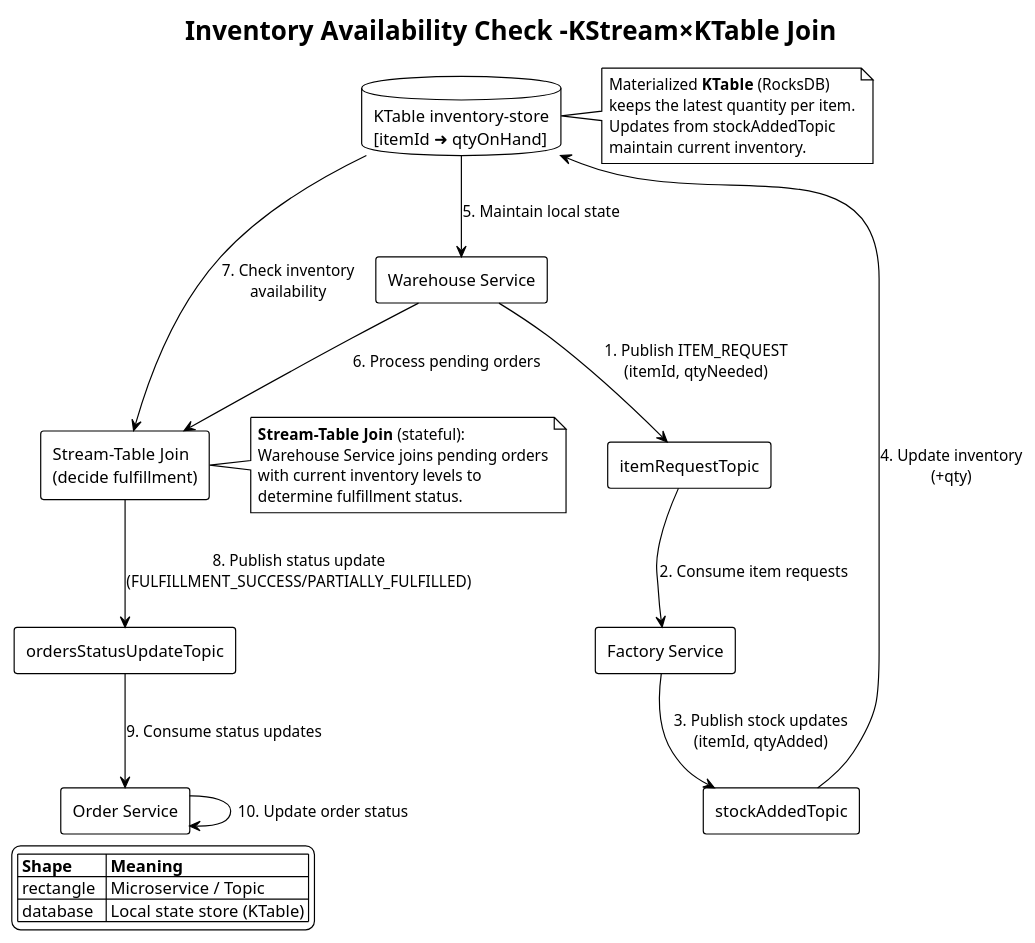
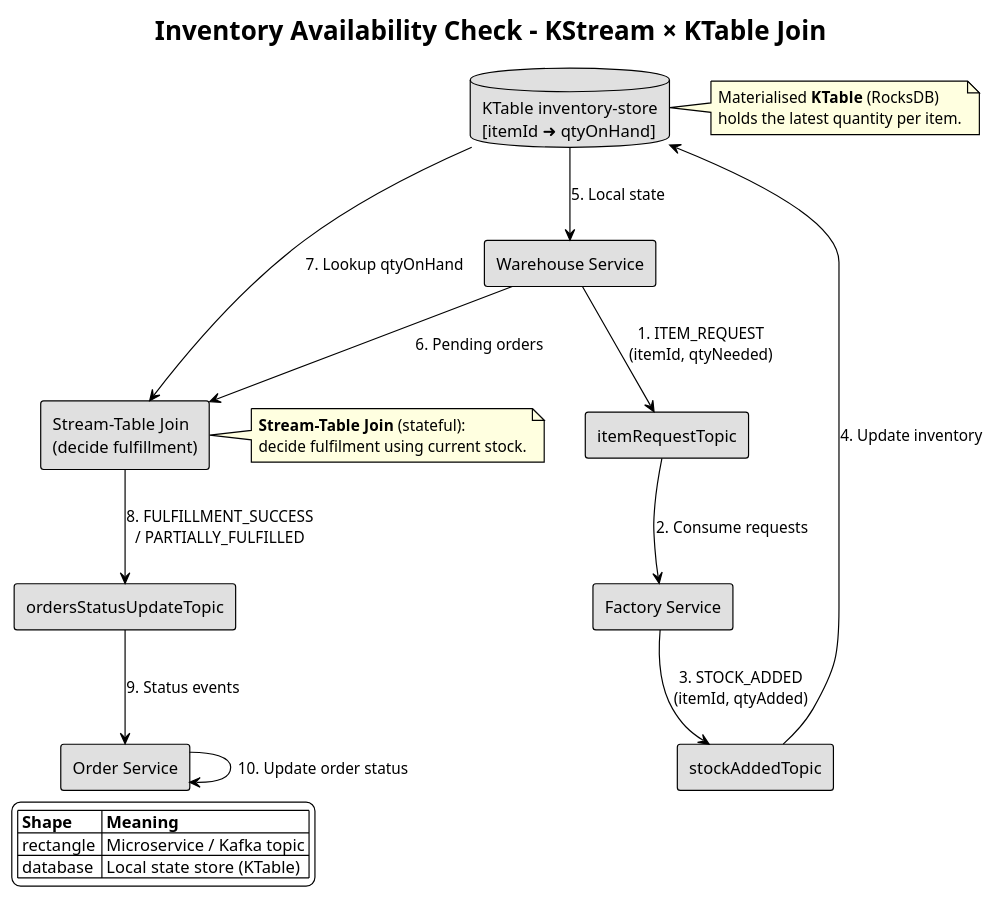
The diagram in docs/topologies/9KStream×KTableJoin.puml (polinachakun/order-pipeline), drawn with PlantUML before and after one commit. The commit also changed 1 other file, not shown here.

```diff
--- a/docs/topologies/9KStream×KTableJoin.puml
+++ b/docs/topologies/9KStream×KTableJoin.puml
@@ -1,58 +1,66 @@
 @startuml
 '------------------------------------------
 !theme plain
-title Inventory Availability Check –KStream×KTable Join
+title Inventory Availability Check – KStream × KTable Join
 
 skinparam defaultFontName Arial
 skinparam rectangle {
+  BackgroundColor #E0E0E0
   BorderColor Black
   FontColor Black
   Shadowing false
 }
+skinparam database {
+  BackgroundColor #E0E0E0
+  BorderColor Black
+  FontColor Black
+  Shadowing false
+}
+skinparam note {
+  BackgroundColor #FFFFE0
+  BorderColor Black
+  FontColor Black
+}
 
 rectangle "Warehouse Service" as Warehouse
-rectangle "Factory Service" as Factory
-rectangle "Order Service" as Order
-rectangle "itemRequestTopic" as ItemReqTopic
-rectangle "stockAddedTopic" as StockTopic
+rectangle "Factory Service"   as Factory
+rectangle "Order Service"     as Order
+rectangle "itemRequestTopic"  as ItemReqTopic
+rectangle "stockAddedTopic"   as StockTopic
 rectangle "ordersStatusUpdateTopic" as StatusTopic
-database "KTable inventory‑store\n[itemId ➜ qtyOnHand]" as InvStore
-rectangle "Stream–Table Join\n(decide fulfillment)" as Join
+database  "KTable inventory‑store\n[itemId ➜ qtyOnHand]" as InvStore
+rectangle "Stream–Table Join\n(decide fulfillment)"      as Join
 
 '------------------------------------------
 ' Flow
 '------------------------------------------
-Warehouse --> ItemReqTopic : 1. Publish ITEM_REQUEST\n(itemId, qtyNeeded)
-ItemReqTopic --> Factory : 2. Consume item requests
-Factory --> StockTopic : 3. Publish stock updates\n(itemId, qtyAdded)
-StockTopic --> InvStore : 4. Update inventory\n(+qty)
-InvStore --> Warehouse : 5. Maintain local state
-Warehouse --> Join : 6. Process pending orders
-InvStore --> Join : 7. Check inventory\navailability
-Join --> StatusTopic : 8. Publish status update\n(FULFILLMENT_SUCCESS/PARTIALLY_FULFILLED)
-StatusTopic --> Order : 9. Consume status updates
-Order --> Order : 10. Update order status
+Warehouse   --> ItemReqTopic : 1. ITEM_REQUEST\n(itemId, qtyNeeded)
+ItemReqTopic --> Factory     : 2. Consume requests
+Factory     --> StockTopic   : 3. STOCK_ADDED\n(itemId, qtyAdded)
+StockTopic  --> InvStore     : 4. Update inventory
+InvStore    --> Warehouse    : 5. Local state
+Warehouse   --> Join         : 6. Pending orders
+InvStore    --> Join         : 7. Lookup qtyOnHand
+Join        --> StatusTopic  : 8. FULFILLMENT_SUCCESS\n/ PARTIALLY_FULFILLED
+StatusTopic --> Order        : 9. Status events
+Order       --> Order        : 10. Update order status
 
 '------------------------------------------
 ' Annotations
 '------------------------------------------
 note right of InvStore
-  Materialized **KTable** (RocksDB)
-  keeps the latest quantity per item.
-  Updates from stockAddedTopic
-  maintain current inventory.
+  Materialised **KTable** (RocksDB)
+  holds the latest quantity per item.
 end note
 
 note right of Join
   **Stream–Table Join** (stateful):
-  Warehouse Service joins pending orders
-  with current inventory levels to
-  determine fulfillment status.
+  decide fulfilment using current stock.
 end note
 
 legend left
 |= Shape |= Meaning |
-| rectangle  | Microservice / Topic |
-| database   | Local state store (KTable) |
+| rectangle | Microservice / Kafka topic |
+| database  | Local state store (KTable) |
 endlegend
 @enduml
```
